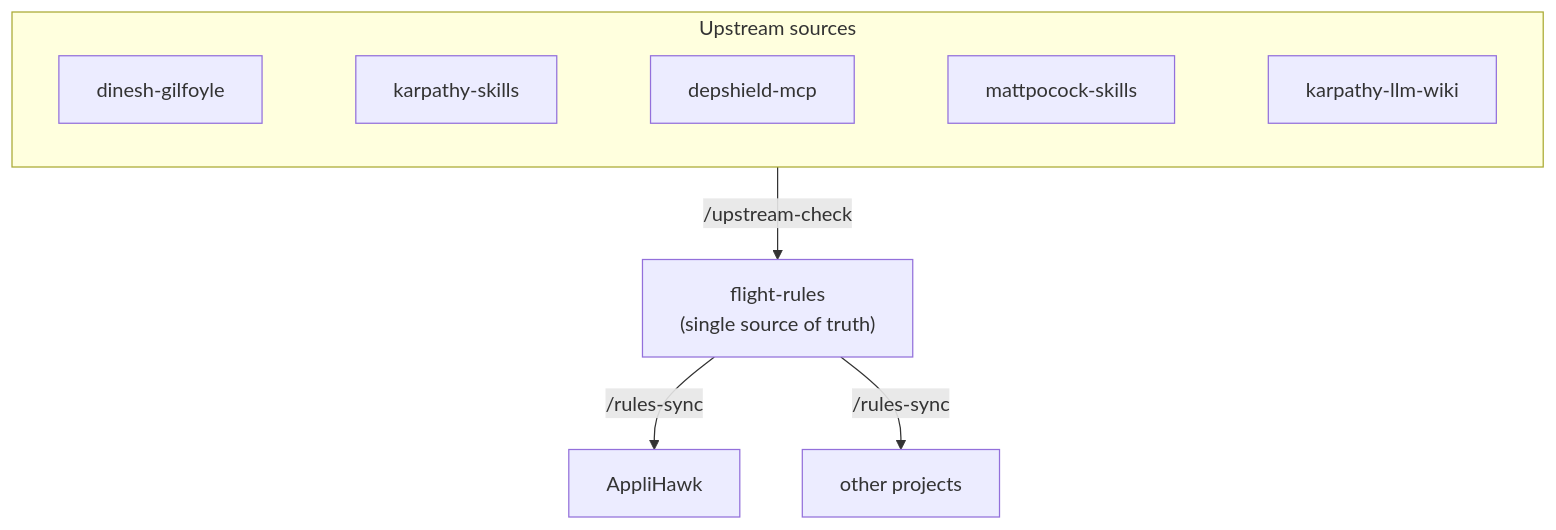
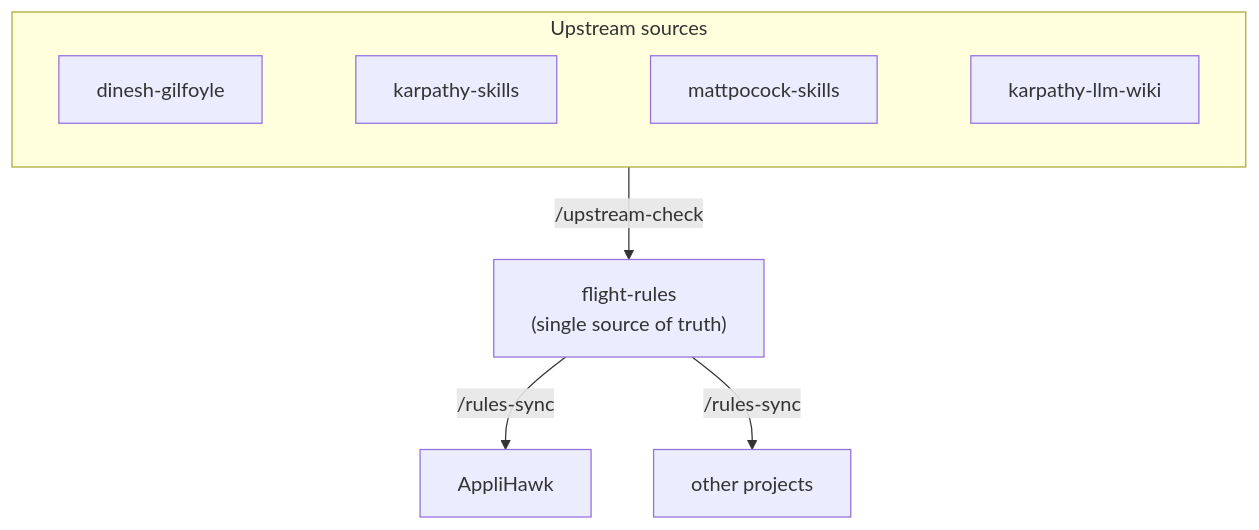
One commit to mkb3nigma/flight-rules changed the diagram in README.md. Above: the diagram before and after it, drawn with Mermaid. The commit also changed other lines of this file and 3 other files, not shown here.

````diff
--- a/README.md
+++ b/README.md
@@ -37,10 +37,10 @@
 ```mermaid
 flowchart TB
     subgraph sources["Upstream sources"]
         direction LR
-        S1["dinesh-gilfoyle"] ~~~ S2["karpathy-skills"] ~~~ S3["depshield-mcp"] ~~~ S4["mattpocock-skills"] ~~~ S5["karpathy-llm-wiki"]
+        S1["dinesh-gilfoyle"] ~~~ S2["karpathy-skills"] ~~~ S4["mattpocock-skills"] ~~~ S5["karpathy-llm-wiki"]
     end
     sources -- "/upstream-check" --> FR["flight-rules<br/>(single source of truth)"]
     FR -- "/rules-sync" --> P1["AppliHawk"]
     FR -- "/rules-sync" --> P2["other projects"]
 ```
````
